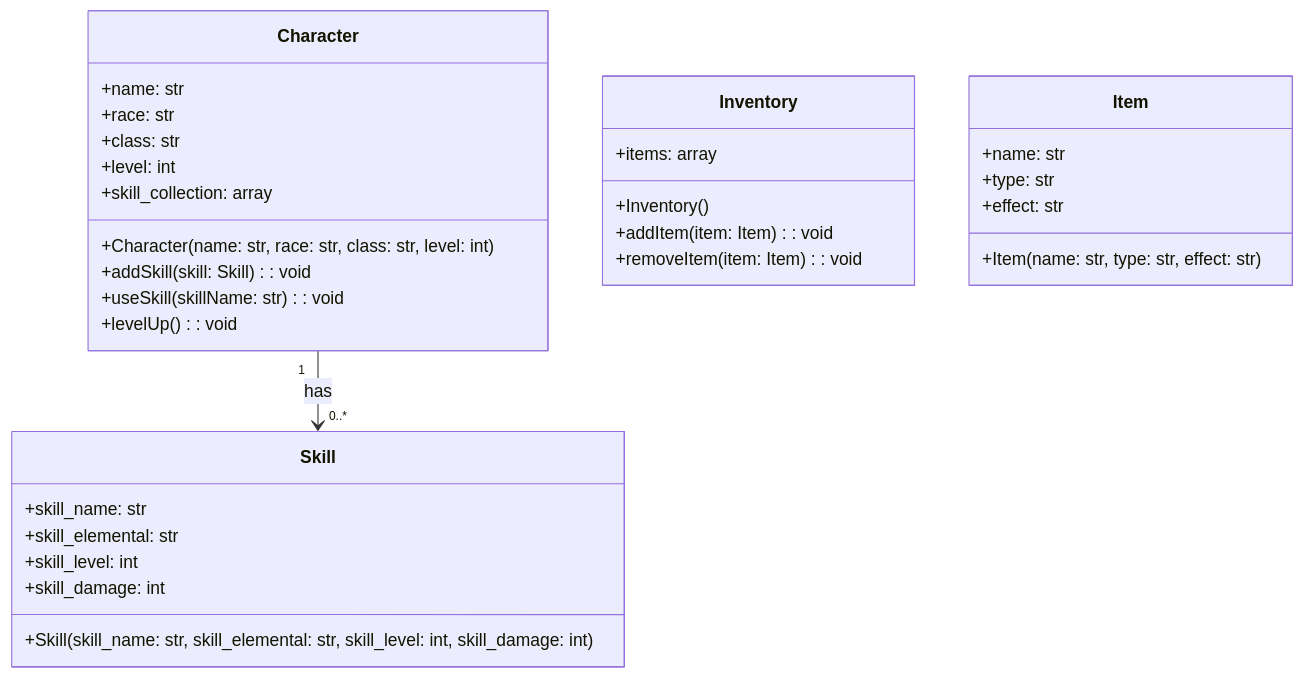
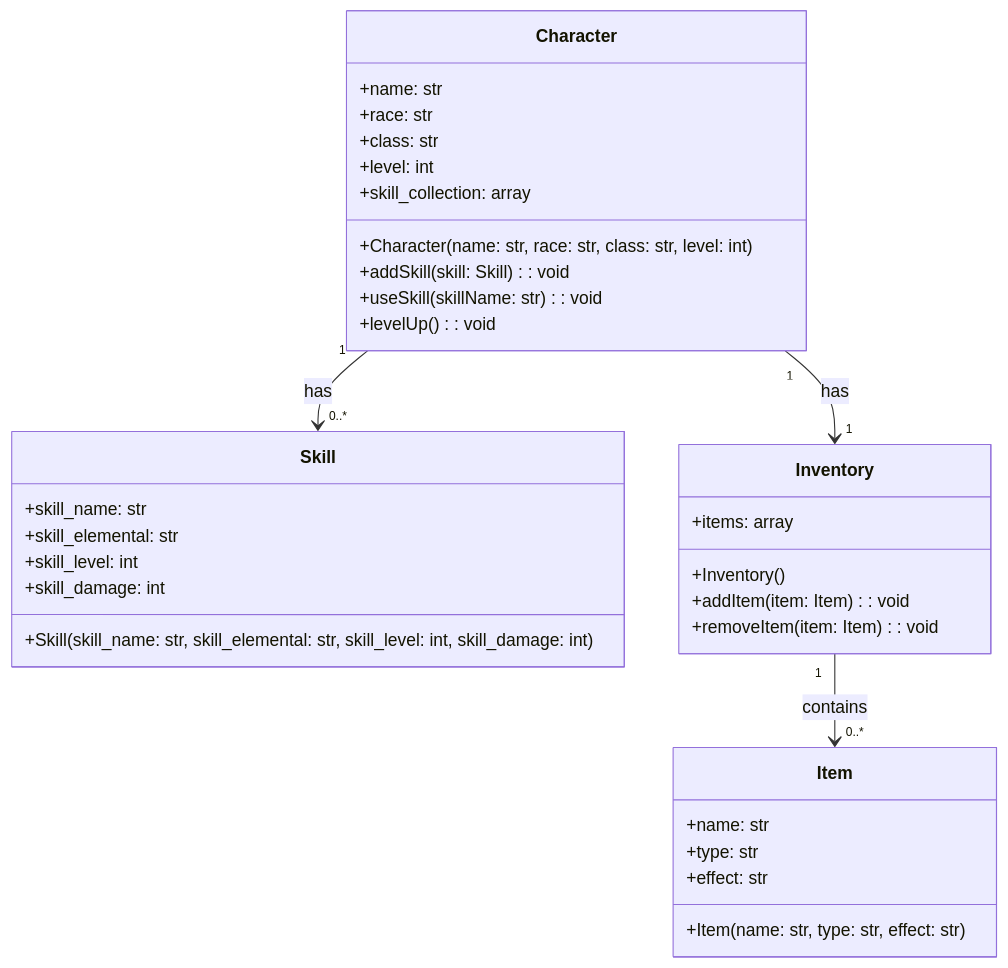
One commit to PedroSupimpa/TAP-ADS-2024 changed the diagram in aula04/class.md. Above: the diagram before and after it, drawn with Mermaid. The commit also changed 1 other file, not shown here.

Commit message:
paste 04

````diff
--- a/aula04/class.md
+++ b/aula04/class.md
@@ -3,43 +3,45 @@
 ``` mermaid
 
 classDiagram
 
 class Character {
     +name: str
     +race: str
     +class: str
     +level: int
     +skill_collection: array
     +Character(name: str, race: str, class: str, level: int)
     +addSkill(skill: Skill): void
     +useSkill(skillName: str): void
     +levelUp(): void
 }
 
 class Skill {
     +skill_name: str
     +skill_elemental: str
     +skill_level: int
     +skill_damage: int
     +Skill(skill_name: str, skill_elemental: str, skill_level: int, skill_damage: int)
 }
 
 class Inventory {
     +items: array
     +Inventory()
     +addItem(item: Item): void
     +removeItem(item: Item): void
 }
 
 class Item {
     +name: str
     +type: str
     +effect: str
     +Item(name: str, type: str, effect: str)
 }
 
 Character "1" --> "0..*" Skill : has
+Character "1" --> "1" Inventory : has
+Inventory "1" --> "0..*" Item : contains
 
 
 
 ```
````
